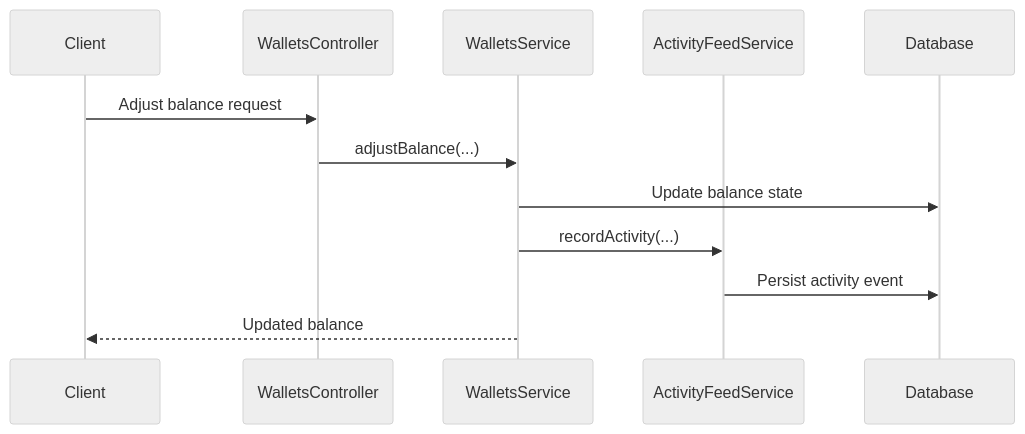
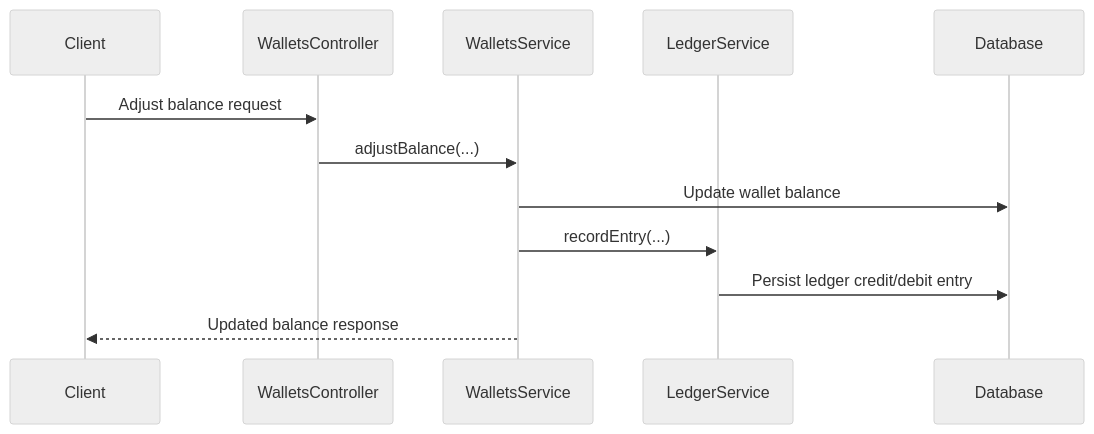
One commit to Nexacore-Org/NexaFx-js changed the third of 3 diagrams in docs/architecture.md. Above: the diagram before and after it, drawn with Mermaid (neutral theme). The commit also changed other lines of this file and 6 other files, not shown here.

First line of the commit message:
test(metrics,health): unit tests for metrics and health subsystems; docs(indexes,architecture): database index strategy & architecture update

````diff
--- a/docs/architecture.md
+++ b/docs/architecture.md
@@ -42,15 +45,15 @@
 ```mermaid
 sequenceDiagram
   participant Client
   participant WalletsController
   participant WalletsService
-  participant ActivityFeedService
+  participant LedgerService
   participant Database
 
   Client->>WalletsController: Adjust balance request
   WalletsController->>WalletsService: adjustBalance(...)
-  WalletsService->>Database: Update balance state
-  WalletsService->>ActivityFeedService: recordActivity(...)
-  ActivityFeedService->>Database: Persist activity event
-  WalletsService-->>Client: Updated balance
+  WalletsService->>Database: Update wallet balance
+  WalletsService->>LedgerService: recordEntry(...)
+  LedgerService->>Database: Persist ledger credit/debit entry
+  WalletsService-->>Client: Updated balance response
 ```
````
